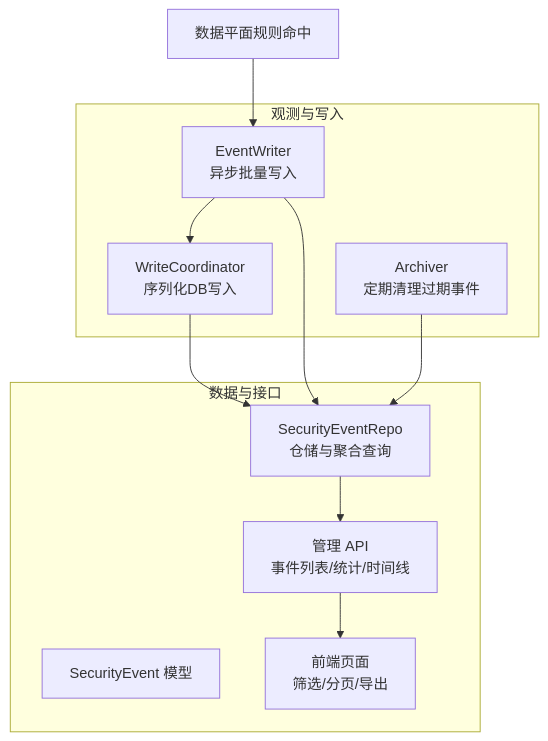
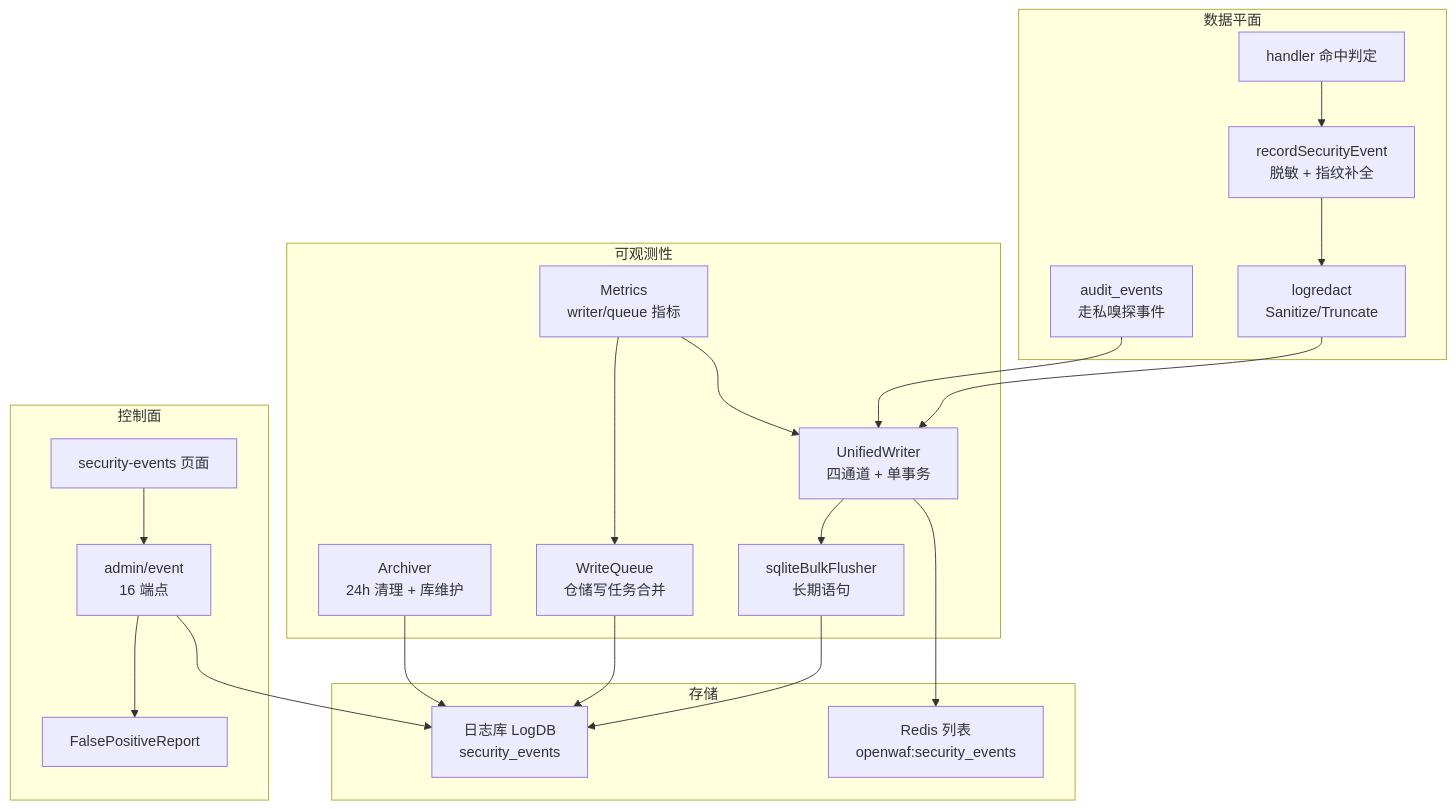
The first of 6 diagrams in docs/监控与可观测性/安全事件记录.md (x01n/My-OpenWaf), drawn with Mermaid before and after one commit. The commit also changed other lines of this file and 622 other files, not shown here.

````diff
--- a/docs/监控与可观测性/安全事件记录.md
+++ b/docs/监控与可观测性/安全事件记录.md
@@ -47,21 +73,36 @@
 ```mermaid
 graph TB
-subgraph "观测与写入"
-EW["EventWriter<br/>异步批量写入"]
-WC["WriteCoordinator<br/>序列化DB写入"]
-AR["Archiver<br/>定期清理过期事件"]
+subgraph "数据平面"
+H["handler 命中判定"]
+RS["recordSecurityEvent<br/>脱敏 + 指纹补全"]
+SM["audit_events<br/>走私嗅探事件"]
+LR["logredact<br/>Sanitize/Truncate"]
 end
-subgraph "数据与接口"
-EV["SecurityEvent 模型"]
-REPO["SecurityEventRepo<br/>仓储与聚合查询"]
-API["管理 API<br/>事件列表/统计/时间线"]
-FE["前端页面<br/>筛选/分页/导出"]
+subgraph "可观测性"
+EW["UnifiedWriter<br/>四通道 + 单事务"]
+WQ["WriteQueue<br/>仓储写任务合并"]
+BF["sqliteBulkFlusher<br/>长期语句"]
+AR["Archiver<br/>24h 清理 + 库维护"]
+MT["Metrics<br/>writer/queue 指标"]
 end
-DP["数据平面规则命中"] --> EW
-EW --> WC
-WC --> REPO
-EW --> REPO
-REPO --> API
-API --> FE
-AR --> REPO
+subgraph "存储"
+DB["日志库 LogDB<br/>security_events"]
+RD["Redis 列表<br/>openwaf:security_events"]
+end
+subgraph "控制面"
+API["admin/event<br/>16 端点"]
+FP["FalsePositiveReport"]
+FE["security-events 页面"]
+end
+H --> RS --> LR --> EW
+SM --> EW
+EW --> BF --> DB
+EW --> RD
+WQ --> DB
+AR --> DB
+API --> DB
+API --> FP
+FE --> API
+MT --> EW
+MT --> WQ
 ```
````
